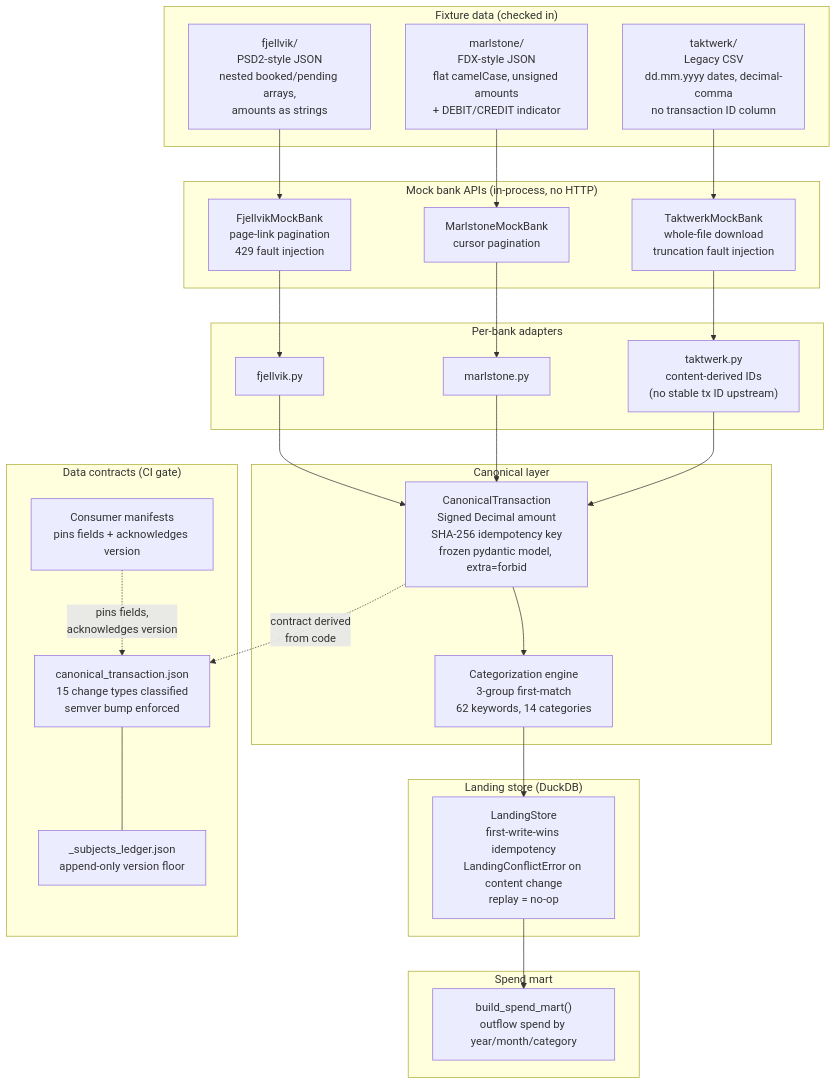
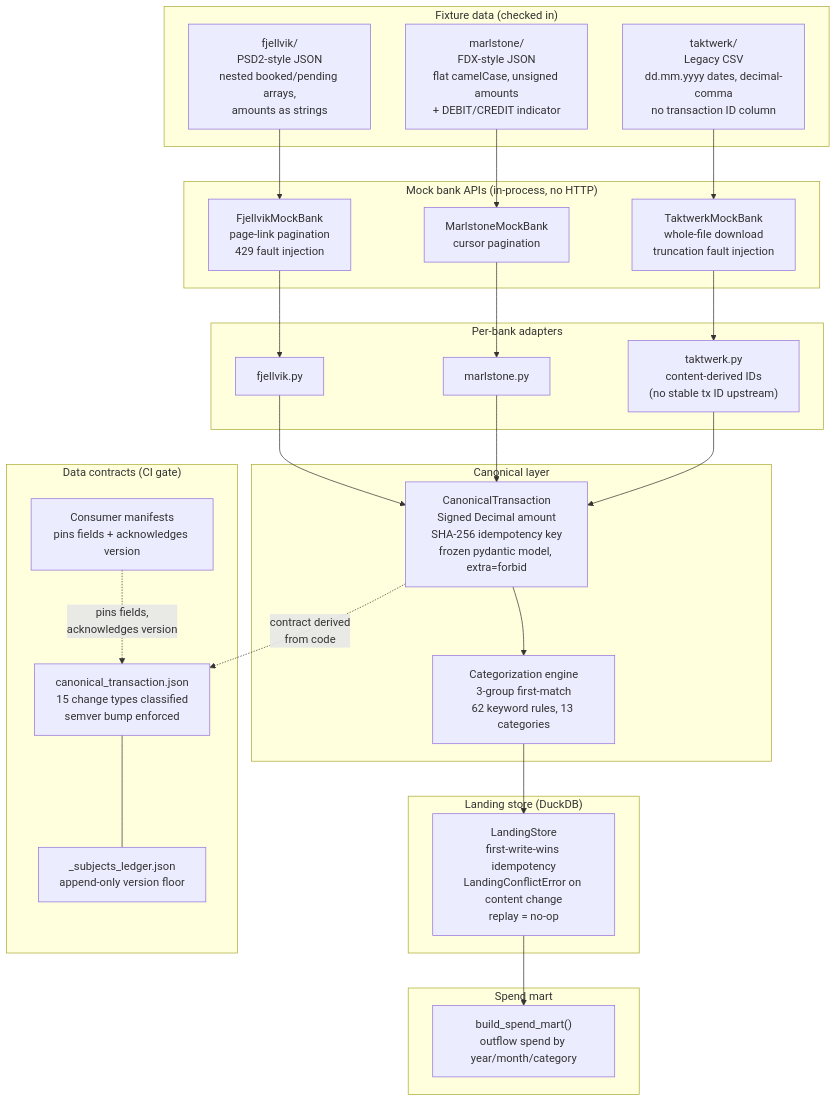
The diagram in README.md (OmerTDK/open-banking-pipeline), drawn with Mermaid before and after one commit. The commit also changed other lines of this file, not shown here.

First line of the commit message:
fix: correct categorization counts in README (62 rules, 13 categories)

````diff
--- a/README.md
+++ b/README.md
@@ -23,48 +23,48 @@
 ```mermaid
 flowchart TD
     subgraph fixtures["Fixture data (checked in)"]
         FJ["fjellvik/\nPSD2-style JSON\nnested booked/pending arrays,\namounts as strings"]
         ML["marlstone/\nFDX-style JSON\nflat camelCase, unsigned amounts\n+ DEBIT/CREDIT indicator"]
         TW["taktwerk/\nLegacy CSV\ndd.mm.yyyy dates, decimal-comma\nno transaction ID column"]
     end
 
     subgraph mock_apis["Mock bank APIs (in-process, no HTTP)"]
         FJA["FjellvikMockBank\npage-link pagination\n429 fault injection"]
         MLA["MarlstoneMockBank\ncursor pagination"]
         TWA["TaktwerkMockBank\nwhole-file download\ntruncation fault injection"]
     end
 
     subgraph adapters["Per-bank adapters"]
         FAD["fjellvik.py"]
         MAD["marlstone.py"]
         TAD["taktwerk.py\ncontent-derived IDs\n(no stable tx ID upstream)"]
     end
 
     subgraph canonical["Canonical layer"]
         CT["CanonicalTransaction\nSigned Decimal amount\nSHA-256 idempotency key\nfrozen pydantic model, extra=forbid"]
-        CAT["Categorization engine\n3-group first-match\n62 keywords, 14 categories"]
+        CAT["Categorization engine\n3-group first-match\n62 keyword rules, 13 categories"]
     end
 
     subgraph landing["Landing store (DuckDB)"]
         LS["LandingStore\nfirst-write-wins idempotency\nLandingConflictError on content change\nreplay = no-op"]
     end
 
     subgraph contracts["Data contracts (CI gate)"]
         CTR["canonical_transaction.json\n15 change types classified\nsemver bump enforced"]
         SL["_subjects_ledger.json\nappend-only version floor"]
         CM["Consumer manifests\npins fields + acknowledges version"]
     end
 
     subgraph mart["Spend mart"]
         SM["build_spend_mart()\noutflow spend by year/month/category"]
     end
 
     FJ --> FJA --> FAD --> CT
     ML --> MLA --> MAD --> CT
     TW --> TWA --> TAD --> CT
     CT --> CAT --> LS
     LS --> SM
     CT -.->|"contract derived\nfrom code"| CTR
     CTR --- SL
     CM -.->|"pins fields,\nacknowledges version"| CTR
 ```
````
